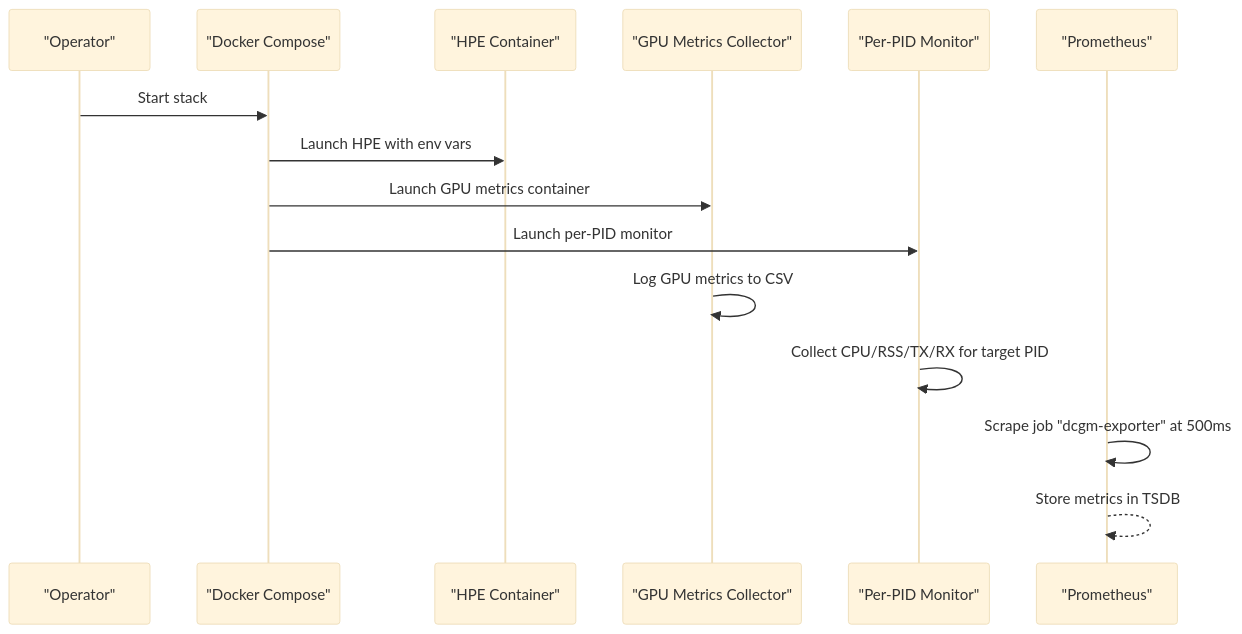
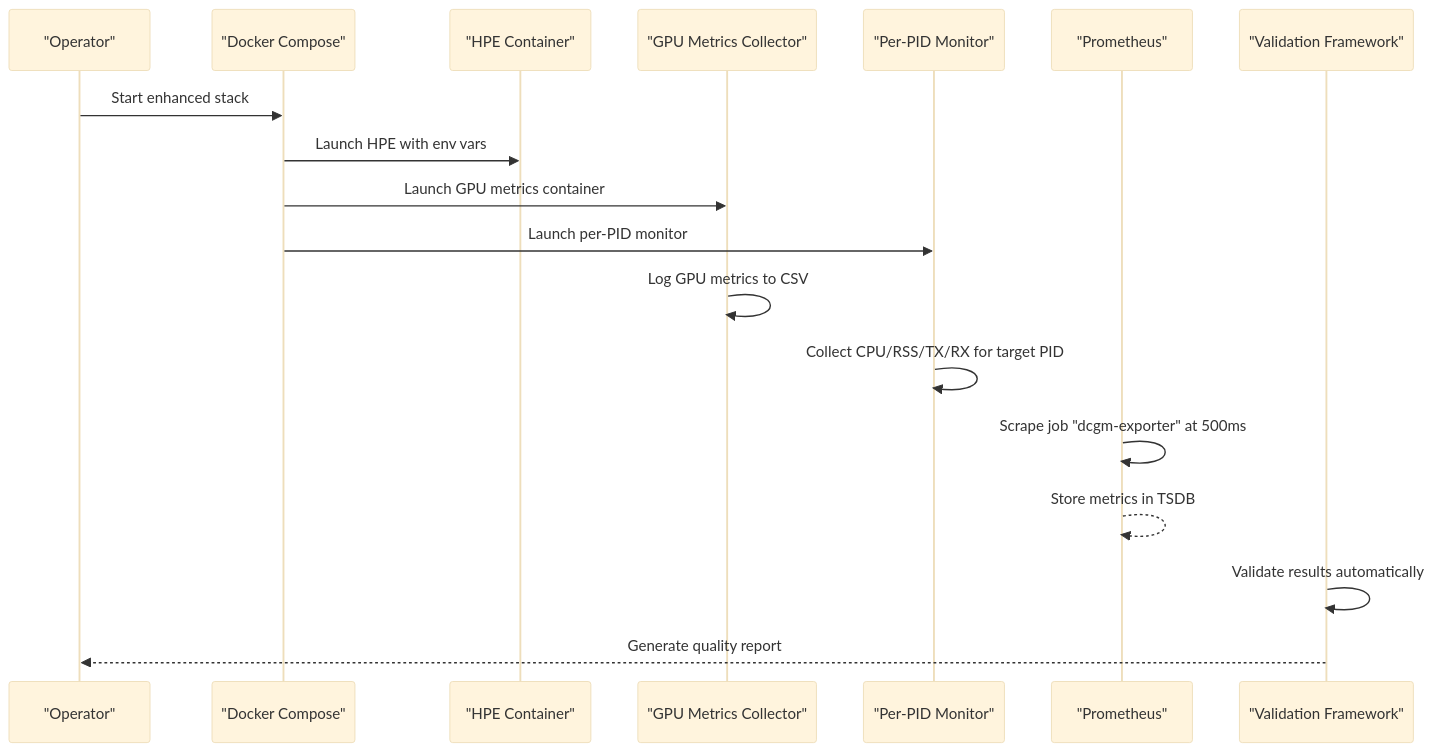
The second of 7 diagrams in .qoder/repowiki/en/content/Monitoring and Analytics/Metrics Collection.md (Fogus-Gr/MeasurementsDTs), drawn with Mermaid (base theme) before and after one commit. The commit also changed other lines of this file and 11 other files, not shown here.

````diff
--- a/.qoder/repowiki/en/content/Monitoring and Analytics/Metrics Collection.md
+++ b/.qoder/repowiki/en/content/Monitoring and Analytics/Metrics Collection.md
@@ -95,17 +122,20 @@
 ```mermaid
 sequenceDiagram
 participant User as "Operator"
 participant DC as "Docker Compose"
 participant HPE as "HPE Container"
 participant GM as "GPU Metrics Collector"
 participant PM as "Per-PID Monitor"
 participant PR as "Prometheus"
-User->>DC : Start stack
+participant VAL as "Validation Framework"
+User->>DC : Start enhanced stack
 DC->>HPE : Launch HPE with env vars
 DC->>GM : Launch GPU metrics container
 DC->>PM : Launch per-PID monitor
 GM->>GM : Log GPU metrics to CSV
 PM->>PM : Collect CPU/RSS/TX/RX for target PID
 PR->>PR : Scrape job "dcgm-exporter" at 500ms
 PR-->>PR : Store metrics in TSDB
+VAL->>VAL : Validate results automatically
+VAL-->>User : Generate quality report
 ```
````
